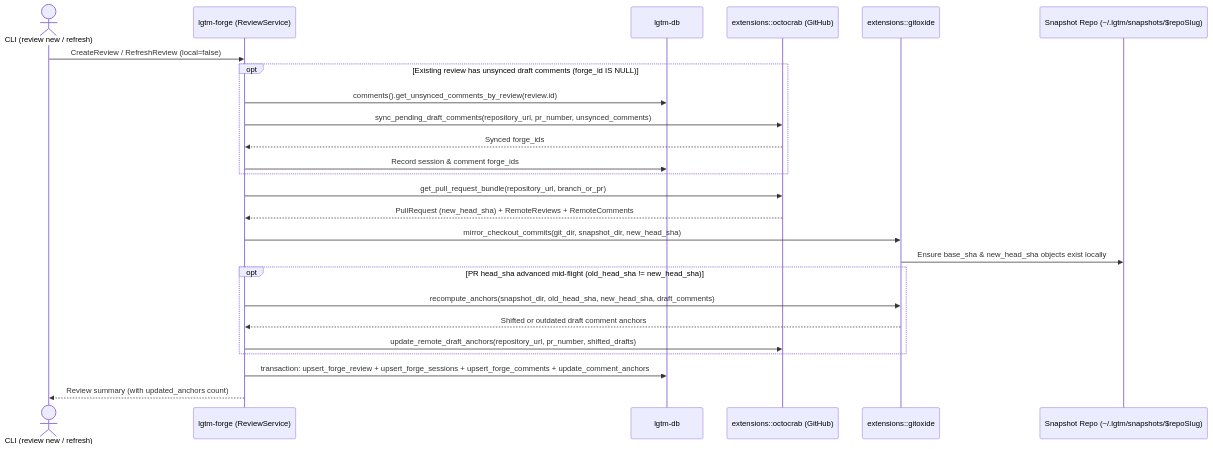
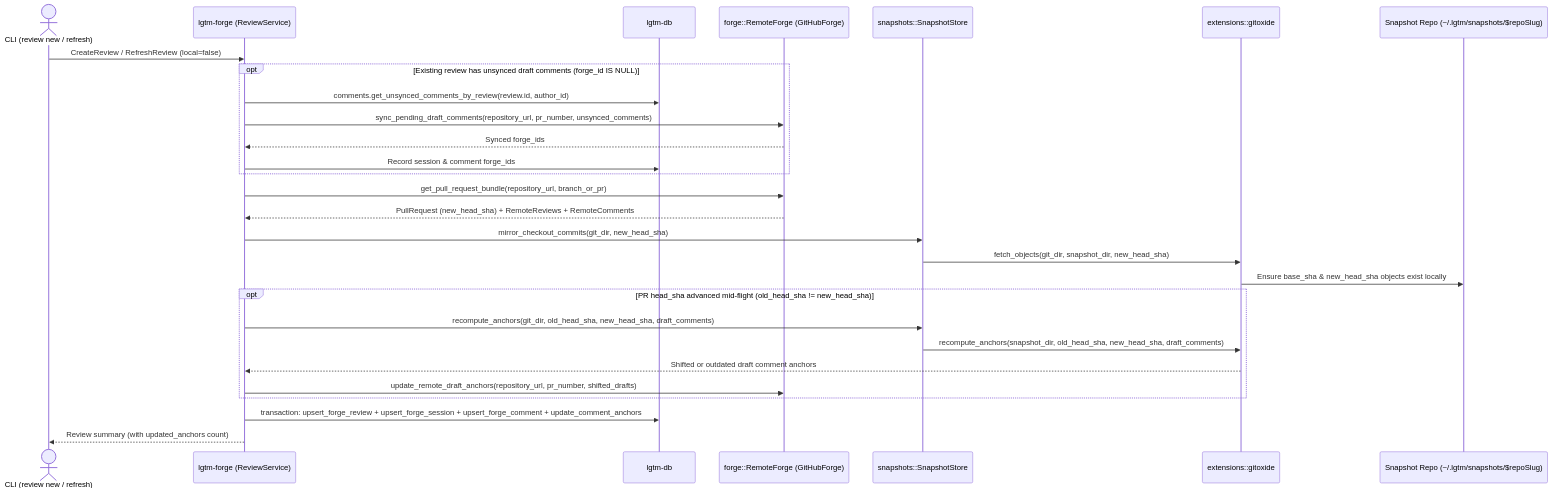
Before and after one commit to difflab-io/lgtm: the fifth of 11 diagrams in docs/architecture/forge/index.md, drawn with Mermaid. The commit also changed other lines of this file and 20 other files, not shown here.

Commit message:
chore: rename backend doc and e2e dirs to forge and add git util TODOs

````diff
--- a/docs/architecture/forge/index.md
+++ b/docs/architecture/forge/index.md
@@ -345,28 +359,31 @@
 ```mermaid
 sequenceDiagram
     actor Caller as CLI (review new / refresh)
-    participant Forge as lgtm-forge (ReviewService)
+    participant Service as lgtm-forge (ReviewService)
     participant DB as lgtm-db
-    participant Octo as extensions::octocrab (GitHub)
+    participant Remote as forge::RemoteForge (GitHubForge)
+    participant SnapStore as snapshots::SnapshotStore
     participant Gix as extensions::gitoxide
     participant Snapshot as Snapshot Repo (~/.lgtm/snapshots/$repoSlug)
 
-    Caller->>Forge: CreateReview / RefreshReview (local=false)
+    Caller->>Service: CreateReview / RefreshReview (local=false)
     opt Existing review has unsynced draft comments (forge_id IS NULL)
-        Forge->>DB: comments().get_unsynced_comments_by_review(review.id)
-        Forge->>Octo: sync_pending_draft_comments(repository_url, pr_number, unsynced_comments)
-        Octo-->>Forge: Synced forge_ids
-        Forge->>DB: Record session & comment forge_ids
+        Service->>DB: comments.get_unsynced_comments_by_review(review.id, author_id)
+        Service->>Remote: sync_pending_draft_comments(repository_url, pr_number, unsynced_comments)
+        Remote-->>Service: Synced forge_ids
+        Service->>DB: Record session & comment forge_ids
     end
-    Forge->>Octo: get_pull_request_bundle(repository_url, branch_or_pr)
-    Octo-->>Forge: PullRequest (new_head_sha) + RemoteReviews + RemoteComments
-    Forge->>Gix: mirror_checkout_commits(git_dir, snapshot_dir, new_head_sha)
+    Service->>Remote: get_pull_request_bundle(repository_url, branch_or_pr)
+    Remote-->>Service: PullRequest (new_head_sha) + RemoteReviews + RemoteComments
+    Service->>SnapStore: mirror_checkout_commits(git_dir, new_head_sha)
+    SnapStore->>Gix: fetch_objects(git_dir, snapshot_dir, new_head_sha)
     Gix->>Snapshot: Ensure base_sha & new_head_sha objects exist locally
     opt PR head_sha advanced mid-flight (old_head_sha != new_head_sha)
-        Forge->>Gix: recompute_anchors(snapshot_dir, old_head_sha, new_head_sha, draft_comments)
-        Gix-->>Forge: Shifted or outdated draft comment anchors
-        Forge->>Octo: update_remote_draft_anchors(repository_url, pr_number, shifted_drafts)
+        Service->>SnapStore: recompute_anchors(git_dir, old_head_sha, new_head_sha, draft_comments)
+        SnapStore->>Gix: recompute_anchors(snapshot_dir, old_head_sha, new_head_sha, draft_comments)
+        Gix-->>Service: Shifted or outdated draft comment anchors
+        Service->>Remote: update_remote_draft_anchors(repository_url, pr_number, shifted_drafts)
     end
-    Forge->>DB: transaction: upsert_forge_review + upsert_forge_sessions + upsert_forge_comments + update_comment_anchors
-    Forge-->>Caller: Review summary (with updated_anchors count)
+    Service->>DB: transaction: upsert_forge_review + upsert_forge_session + upsert_forge_comment + update_comment_anchors
+    Service-->>Caller: Review summary (with updated_anchors count)
 ```
````
